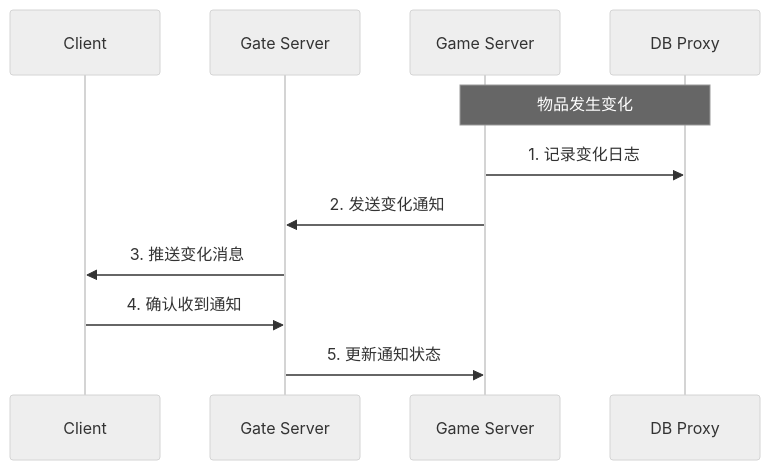
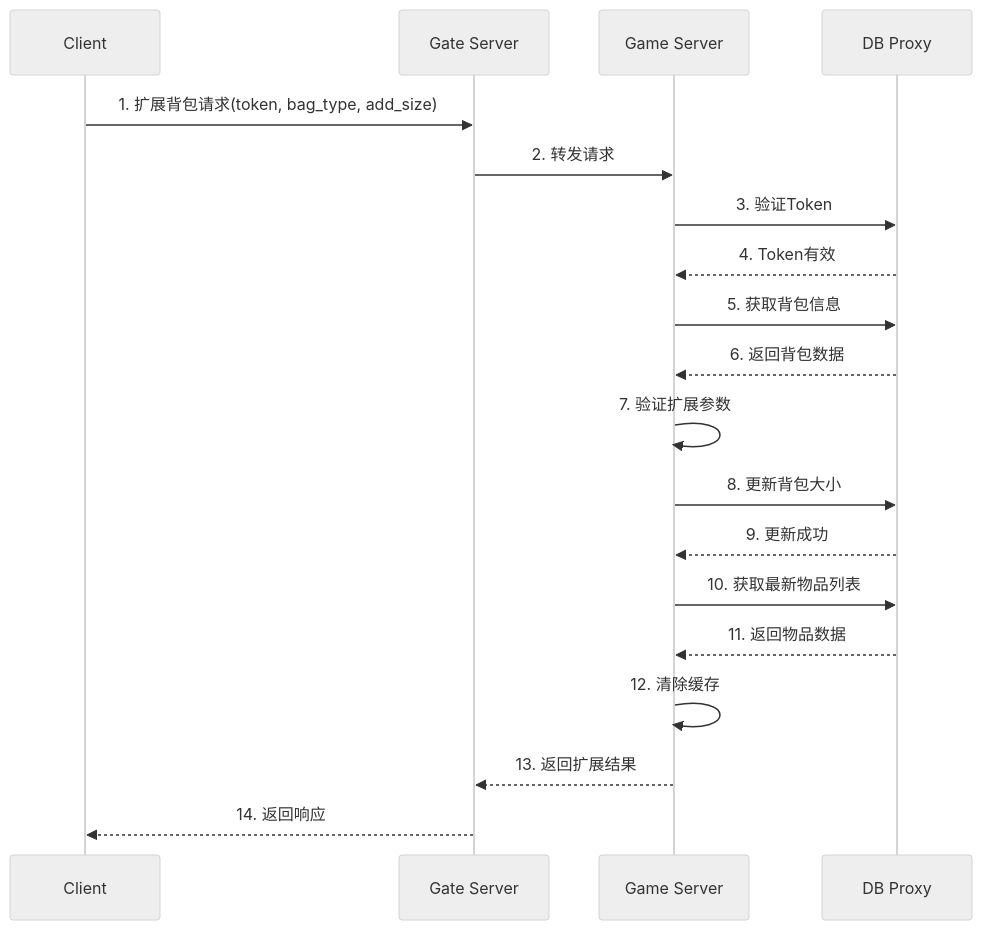
The seventh of 7 diagrams in doc/flow.md (easycheaplife/tyconn_server), drawn with Mermaid (neutral theme) before and after one commit. The commit also changed other lines of this file and 2 other files, not shown here.

````diff
--- a/doc/flow.md
+++ b/doc/flow.md
@@ -185,14 +185,22 @@
 ```mermaid
 sequenceDiagram
     participant C as Client
     participant G as Gate Server
     participant GM as Game Server
     participant DB as DB Proxy
     
-    Note over GM,DB: 物品发生变化
-    GM->>DB: 1. 记录变化日志
-    GM->>G: 2. 发送变化通知
-    G->>C: 3. 推送变化消息
-    C->>G: 4. 确认收到通知
-    G->>GM: 5. 更新通知状态
+    C->>G: 1. 扩展背包请求(token, bag_type, add_size)
+    G->>GM: 2. 转发请求
+    GM->>DB: 3. 验证Token
+    DB-->>GM: 4. Token有效
+    GM->>DB: 5. 获取背包信息
+    DB-->>GM: 6. 返回背包数据
+    GM->>GM: 7. 验证扩展参数
+    GM->>DB: 8. 更新背包大小
+    DB-->>GM: 9. 更新成功
+    GM->>DB: 10. 获取最新物品列表
+    DB-->>GM: 11. 返回物品数据
+    GM->>GM: 12. 清除缓存
+    GM-->>G: 13. 返回扩展结果
+    G-->>C: 14. 返回响应
 ```
````
